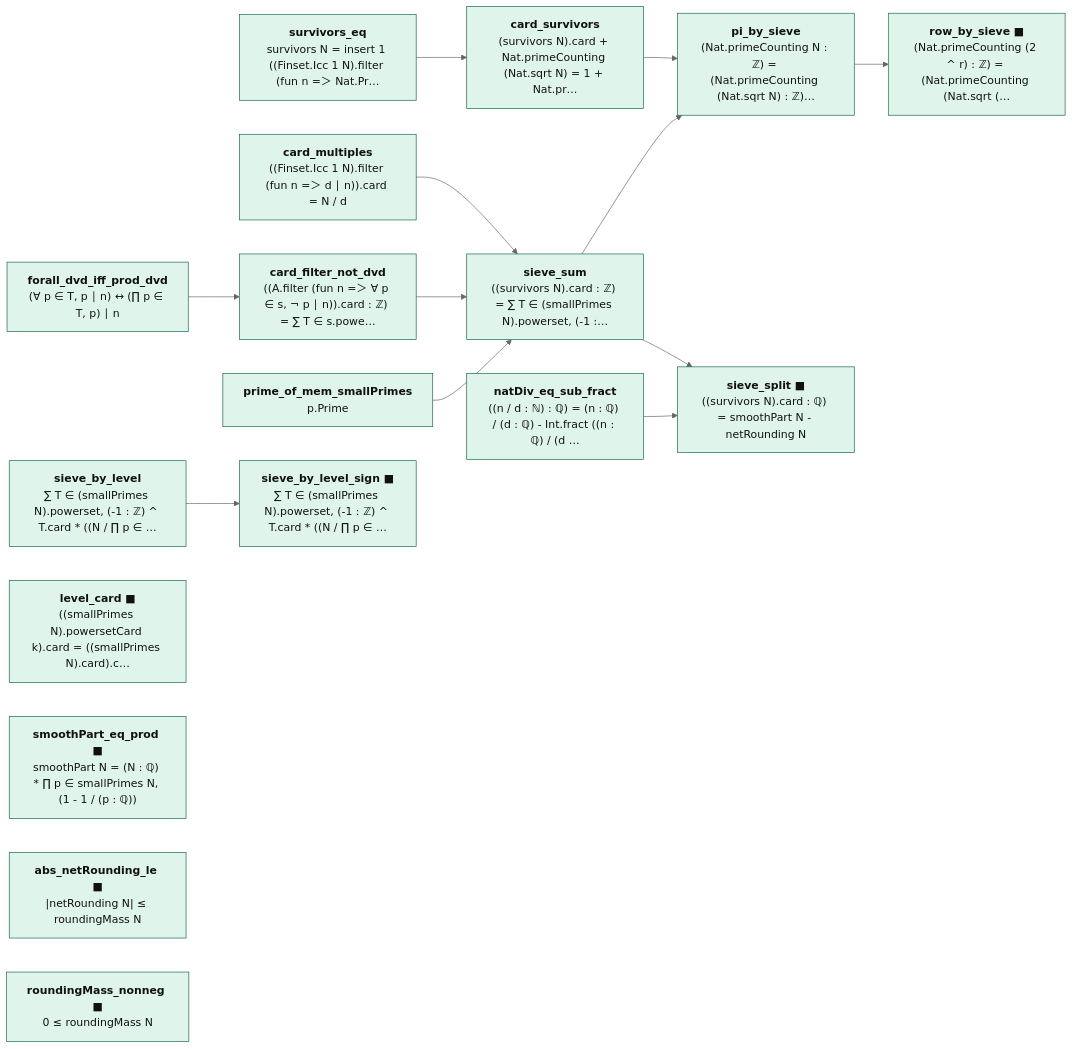
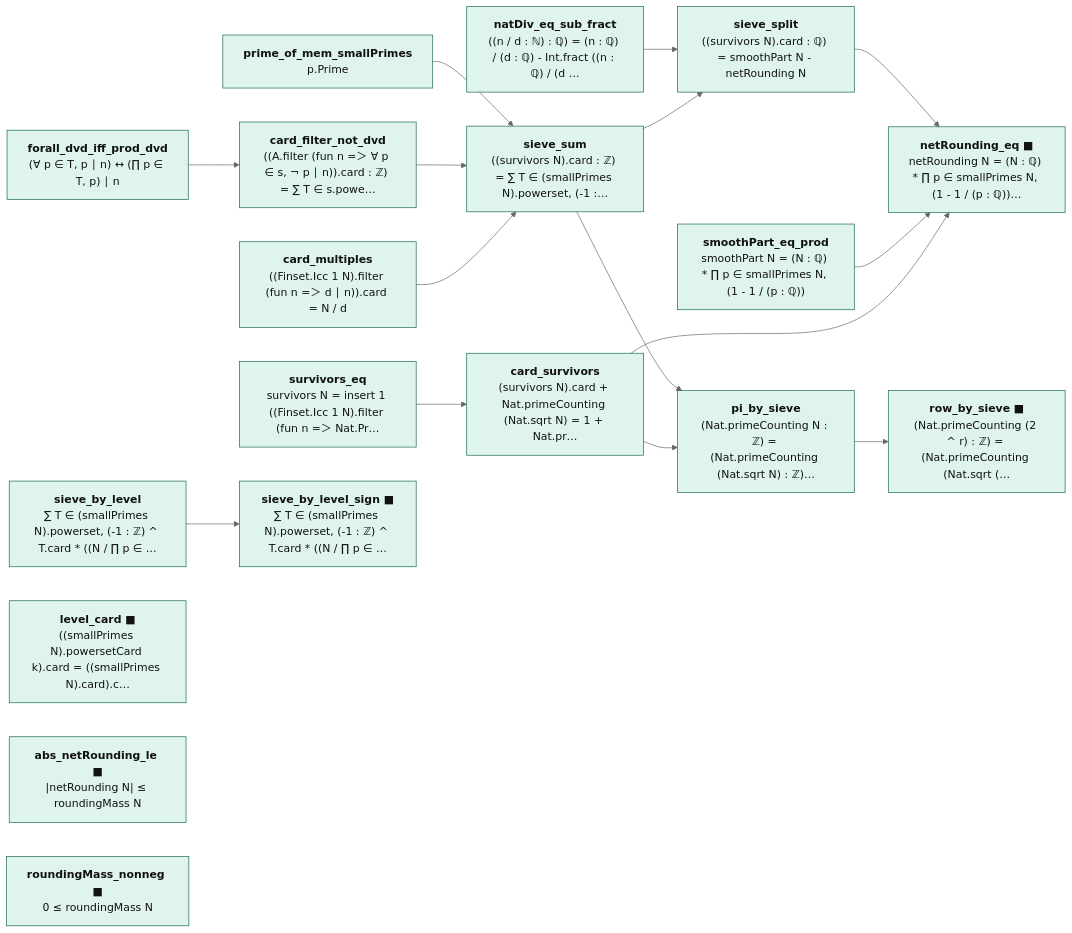
Before and after one commit to juliansambranojr/Primebeat_081426: the diagram in map/lean_stage3/SieveExact.mmd, drawn with Mermaid (neutral theme). The commit also changed 12 other files, not shown here.

First line of the commit message:
SieveExact: netRounding_eq, the net rounding as the product less the count

```diff
--- a/map/lean_stage3/SieveExact.mmd
+++ b/map/lean_stage3/SieveExact.mmd
@@ -1,37 +1,41 @@
 flowchart LR
   n0["<b>prime_of_mem_smallPrimes</b><br/>p.Prime"]:::cnt
   n1["<b>forall_dvd_iff_prod_dvd</b><br/>(∀ p ∈ T, p ∣ n) ↔ (∏ p ∈ T, p) ∣ n"]:::cnt
   n2["<b>card_filter_not_dvd</b><br/>((A.filter (fun n =＞ ∀ p ∈ s, ¬ p ∣ n)).card : ℤ) = ∑ T ∈ s.powe…"]:::cnt
   n3["<b>card_multiples</b><br/>((Finset.Icc 1 N).filter (fun n =＞ d ∣ n)).card = N / d"]:::cnt
   n4["<b>sieve_sum</b><br/>((survivors N).card : ℤ) = ∑ T ∈ (smallPrimes N).powerset, (-1 :…"]:::cnt
   n5["<b>survivors_eq</b><br/>survivors N = insert 1 ((Finset.Icc 1 N).filter (fun n =＞ Nat.Pr…"]:::cnt
   n6["<b>card_survivors</b><br/>(survivors N).card + Nat.primeCounting (Nat.sqrt N) = 1 + Nat.pr…"]:::cnt
   n7["<b>pi_by_sieve</b><br/>(Nat.primeCounting N : ℤ) = (Nat.primeCounting (Nat.sqrt N) : ℤ)…"]:::cnt
   n8["<b>row_by_sieve ■</b><br/>(Nat.primeCounting (2 ^ r) : ℤ) = (Nat.primeCounting (Nat.sqrt (…"]:::cnt
   n9["<b>sieve_by_level</b><br/>∑ T ∈ (smallPrimes N).powerset, (-1 : ℤ) ^ T.card * ((N / ∏ p ∈ …"]:::cnt
   n10["<b>sieve_by_level_sign ■</b><br/>∑ T ∈ (smallPrimes N).powerset, (-1 : ℤ) ^ T.card * ((N / ∏ p ∈ …"]:::cnt
   n11["<b>level_card ■</b><br/>((smallPrimes N).powersetCard k).card = ((smallPrimes N).card).c…"]:::cnt
   n12["<b>natDiv_eq_sub_fract</b><br/>((n / d : ℕ) : ℚ) = (n : ℚ) / (d : ℚ) - Int.fract ((n : ℚ) / (d …"]:::cnt
-  n13["<b>sieve_split ■</b><br/>((survivors N).card : ℚ) = smoothPart N - netRounding N"]:::cnt
-  n14["<b>smoothPart_eq_prod ■</b><br/>smoothPart N = (N : ℚ) * ∏ p ∈ smallPrimes N, (1 - 1 / (p : ℚ))"]:::cnt
+  n13["<b>sieve_split</b><br/>((survivors N).card : ℚ) = smoothPart N - netRounding N"]:::cnt
+  n14["<b>smoothPart_eq_prod</b><br/>smoothPart N = (N : ℚ) * ∏ p ∈ smallPrimes N, (1 - 1 / (p : ℚ))"]:::cnt
   n15["<b>abs_netRounding_le ■</b><br/>|netRounding N| ≤ roundingMass N"]:::cnt
   n16["<b>roundingMass_nonneg ■</b><br/>0 ≤ roundingMass N"]:::cnt
+  n17["<b>netRounding_eq ■</b><br/>netRounding N = (N : ℚ) * ∏ p ∈ smallPrimes N, (1 - 1 / (p : ℚ))…"]:::cnt
   n0 --> n4
   n1 --> n2
   n12 --> n13
+  n13 --> n17
+  n14 --> n17
   n2 --> n4
   n3 --> n4
   n4 --> n13
   n4 --> n7
   n5 --> n6
+  n6 --> n17
   n6 --> n7
   n7 --> n8
   n9 --> n10
   classDef cnt fill:#dff5ec,stroke:#17694a,color:#111
   classDef shp fill:#f1ecfb,stroke:#5b3fa0,color:#111
   classDef rh fill:#ffe5e5,stroke:#c22,color:#111,stroke-width:2px
   classDef thm fill:#eef4ff,stroke:#335,color:#111
   classDef end_ fill:#e7f7e7,stroke:#2a7,color:#111,stroke-width:2px
   classDef lone fill:#fff,stroke:#999,color:#111,stroke-dasharray:4 3
   classDef bad fill:#ffe5e5,stroke:#c22,color:#111,stroke-width:2px
   classDef ext fill:#fff8e1,stroke:#b80,color:#111
```
